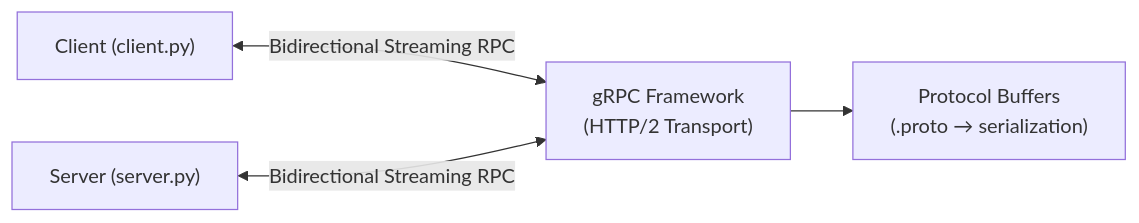
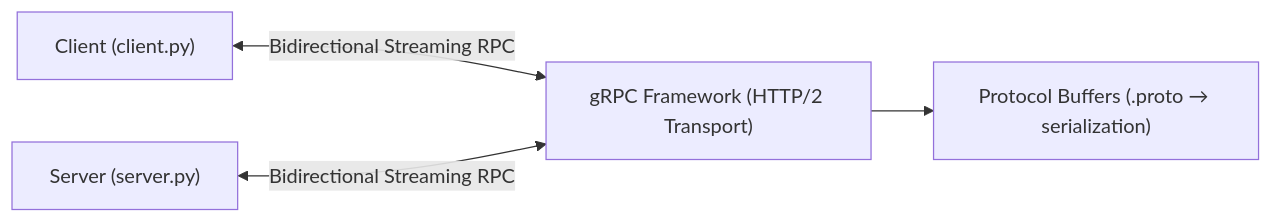
Before and after one commit to GoryninLA/2works: the diagram in README.md, drawn with Mermaid.

````diff
--- a/README.md
+++ b/README.md
@@ -31,14 +31,14 @@
 ```mermaid
 flowchart LR
 
     Client["Client (client.py)"]
     Server["Server (server.py)"]
 
-    gRPC["gRPC Framework\n(HTTP/2 Transport)"]
-    Proto["Protocol Buffers\n(.proto → serialization)"]
+    gRPC["gRPC Framework (HTTP/2 Transport)"]
+    Proto["Protocol Buffers (.proto → serialization)"]
 
     Client <-->|Bidirectional Streaming RPC| gRPC
     Server <-->|Bidirectional Streaming RPC| gRPC
 
     gRPC --> Proto
 ```
````
